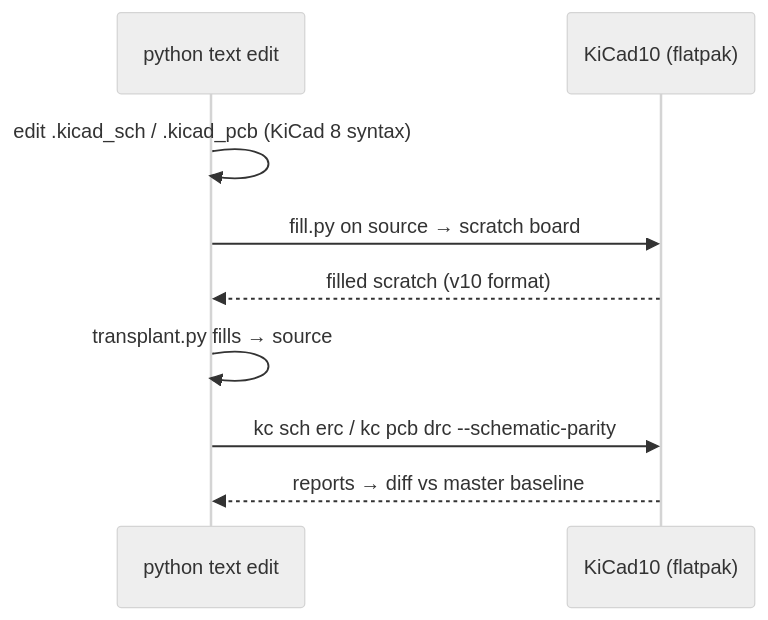
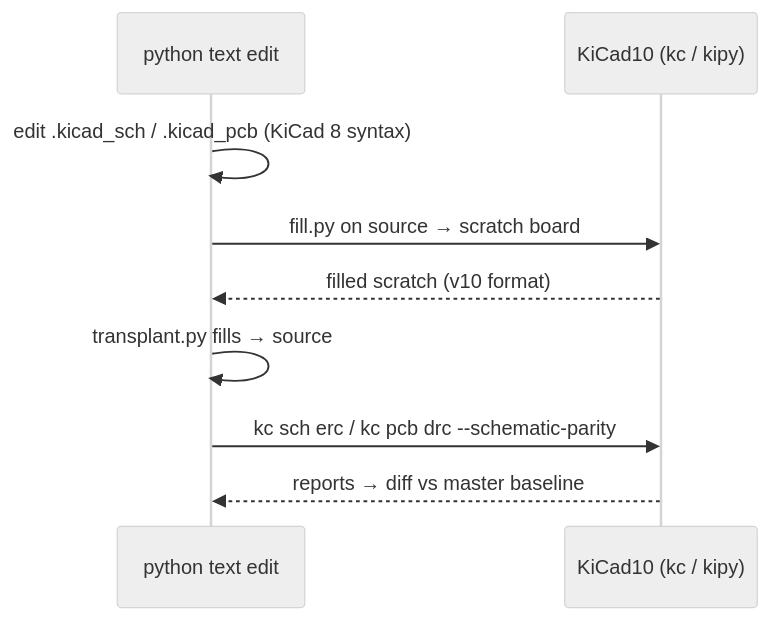
Before and after one commit to jfryman/mw-cart: the diagram in lode/build/kicad-text-editing.md, drawn with Mermaid (neutral theme). The commit also changed other lines of this file and 20 other files, not shown here.

````diff
--- a/lode/build/kicad-text-editing.md
+++ b/lode/build/kicad-text-editing.md
@@ -38,11 +38,11 @@
 ```mermaid
 sequenceDiagram
   participant Py as python text edit
-  participant K10 as KiCad10 (flatpak)
+  participant K10 as KiCad10 (kc / kipy)
   Py->>Py: edit .kicad_sch / .kicad_pcb (KiCad 8 syntax)
   Py->>K10: fill.py on source → scratch board
   K10-->>Py: filled scratch (v10 format)
   Py->>Py: transplant.py fills → source
   Py->>K10: kc sch erc / kc pcb drc --schematic-parity
   K10-->>Py: reports → diff vs master baseline
 ```
````
